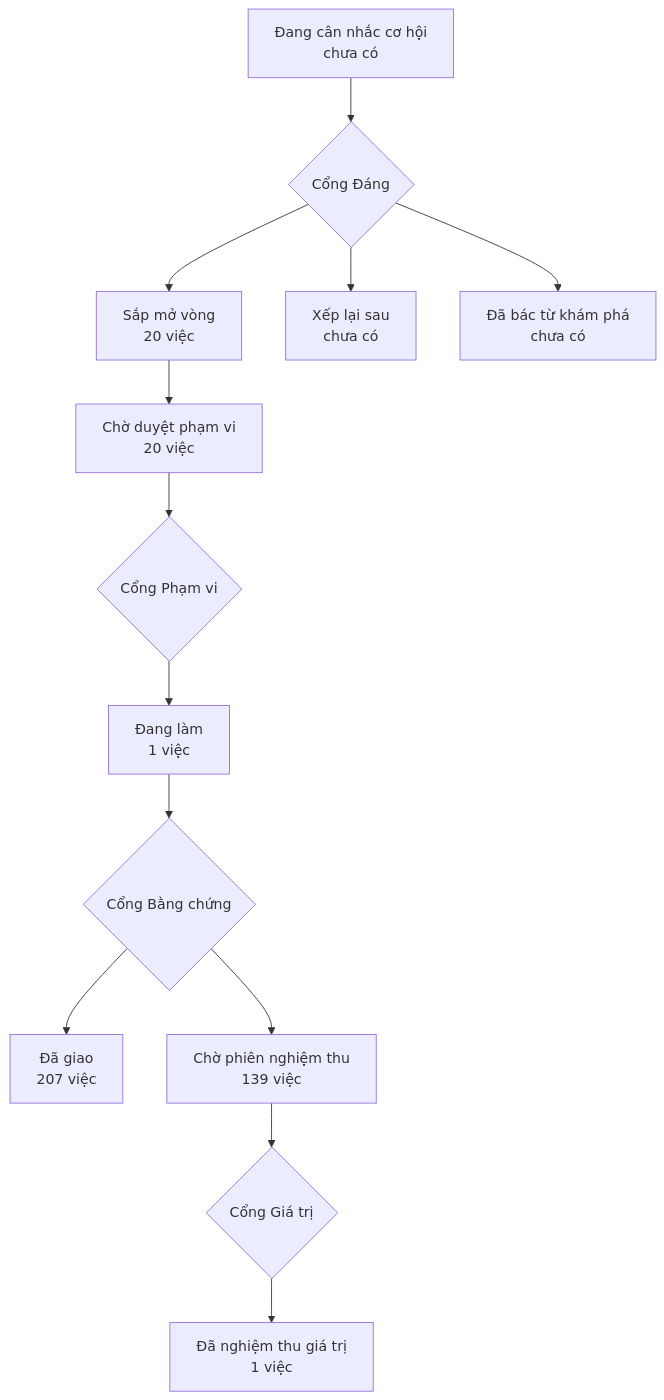
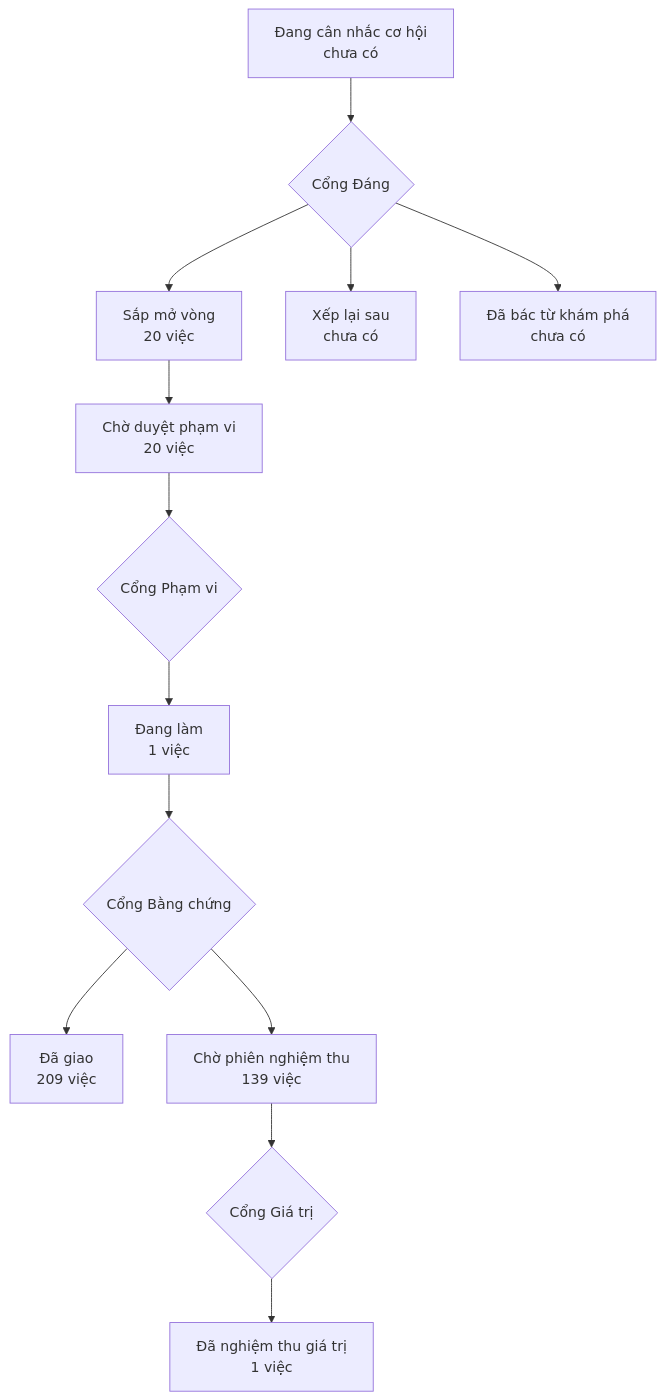
The diagram in PRODUCT-MAP.md (phanlemanh/onehub-invest), drawn with Mermaid before and after one commit. The commit also changed other lines of this file and 1 other file, not shown here.

Commit message:
chore(acceptance): DA48 vẽ lại tệp sinh sau gộp main 718c893ca

````diff
--- a/PRODUCT-MAP.md
+++ b/PRODUCT-MAP.md
@@ -7,12 +7,12 @@
 ```mermaid
 flowchart TD
   A["Đang cân nhắc cơ hội<br/>chưa có"] --> GD{"Cổng Đáng"}
   GD --> B["Sắp mở vòng<br/>20 việc"]
   GD --> XL["Xếp lại sau<br/>chưa có"]
   GD --> DB["Đã bác từ khám phá<br/>chưa có"]
   B --> CD["Chờ duyệt phạm vi<br/>20 việc"] --> GP{"Cổng Phạm vi"}
   GP --> DL["Đang làm<br/>1 việc"] --> GB{"Cổng Bằng chứng"}
-  GB --> DG["Đã giao<br/>207 việc"]
+  GB --> DG["Đã giao<br/>209 việc"]
   GB --> CN["Chờ phiên nghiệm thu<br/>139 việc"] --> GG{"Cổng Giá trị"}
   GG --> NT["Đã nghiệm thu giá trị<br/>1 việc"]
 ```
````
